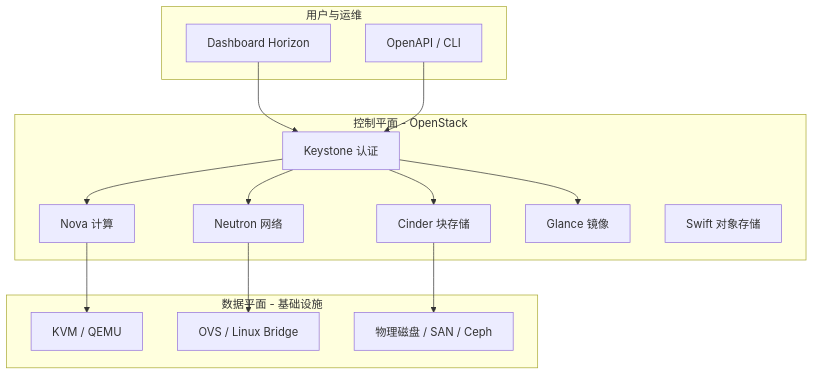
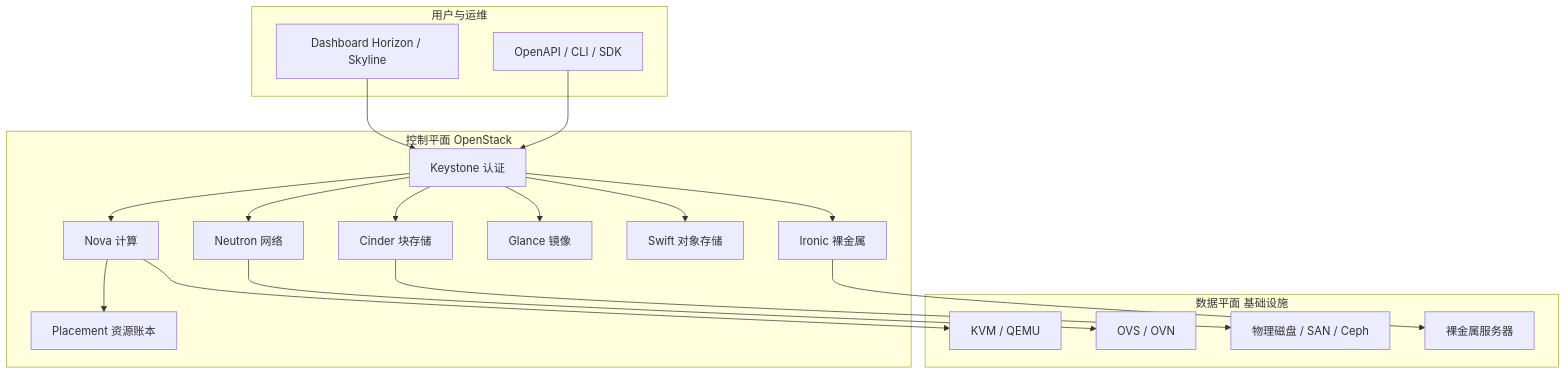
One commit to shuifans/cloud-ai-knowledge-base changed the first of 6 diagrams in docs/cloud/foundation/openstack.md. Above: the diagram before and after it, drawn with Mermaid. The commit also changed other lines of this file and 294 other files, not shown here.

First line of the commit message:
更新: 全站 35 篇文章对标 speech-gen 全面升级（深度/配图/引用/决策图）

````diff
--- a/docs/cloud/foundation/openstack.md
+++ b/docs/cloud/foundation/openstack.md
@@ -18,25 +18,30 @@
 ```mermaid
 flowchart TB
   subgraph 用户与运维
-    U1[Dashboard Horizon]
-    U2[OpenAPI / CLI]
+    U1[Dashboard Horizon / Skyline]
+    U2[OpenAPI / CLI / SDK]
   end
-  subgraph 控制平面 - OpenStack
+  subgraph 控制平面 OpenStack
     K[Keystone 认证]
     N[Nova 计算]
+    PL[Placement 资源账本]
     C[Cinder 块存储]
     NE[Neutron 网络]
     G[Glance 镜像]
     SC[Swift 对象存储]
+    IR[Ironic 裸金属]
   end
-  subgraph 数据平面 - 基础设施
+  subgraph 数据平面 基础设施
     H[KVM / QEMU]
-    O[OVS / Linux Bridge]
+    O[OVS / OVN]
     D[物理磁盘 / SAN / Ceph]
+    BM[裸金属服务器]
   end
   U1 & U2 --> K
-  K --> N & C & NE & G
+  K --> N & C & NE & G & SC & IR
+  N --> PL
   N --> H
+  IR --> BM
   C --> D
   NE --> O
 ```
````
